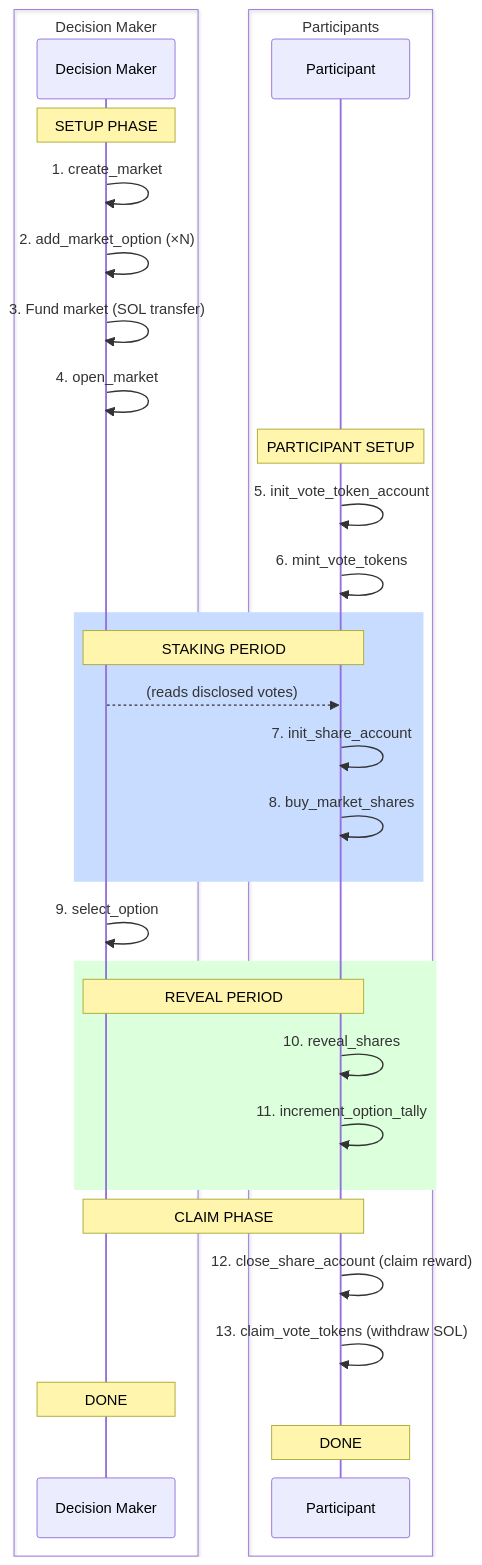
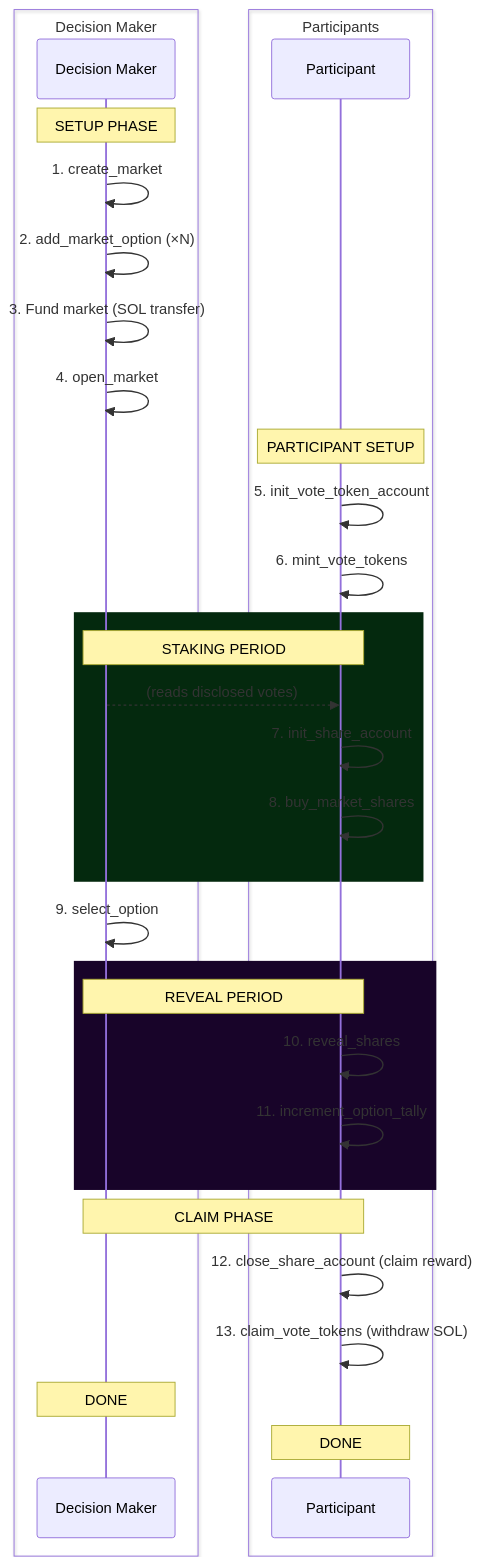
Before and after one commit to ilmari-h/opportunity-markets: the second of 2 diagrams in docs/market-life-cycle.md, drawn with Mermaid. The commit also changed other lines of this file, not shown here.

Commit message:
Specify first graph

````diff
--- a/docs/market-life-cycle.md
+++ b/docs/market-life-cycle.md
@@ -363,41 +363,41 @@
 ```mermaid
 sequenceDiagram
     box Decision Maker
         participant DM as Decision Maker
     end
     box Participants
         participant P as Participant
     end
 
     Note over DM: SETUP PHASE
     DM->>DM: 1. create_market
     DM->>DM: 2. add_market_option (×N)
     DM->>DM: 3. Fund market (SOL transfer)
     DM->>DM: 4. open_market
 
     Note over P: PARTICIPANT SETUP
     P->>P: 5. init_vote_token_account
     P->>P: 6. mint_vote_tokens
 
-    rect rgb(200, 220, 255)
+    rect rgb(4, 41, 14)
         Note over DM,P: STAKING PERIOD
         DM-->>P: (reads disclosed votes)
         P->>P: 7. init_share_account
         P->>P: 8. buy_market_shares
     end
 
     DM->>DM: 9. select_option
 
-    rect rgb(220, 255, 220)
+    rect rgb(24, 4, 41)
         Note over DM,P: REVEAL PERIOD
         P->>P: 10. reveal_shares
         P->>P: 11. increment_option_tally
     end
 
     Note over DM,P: CLAIM PHASE
     P->>P: 12. close_share_account (claim reward)
     P->>P: 13. claim_vote_tokens (withdraw SOL)
 
     Note over DM: DONE
     Note over P: DONE
 ```
````
